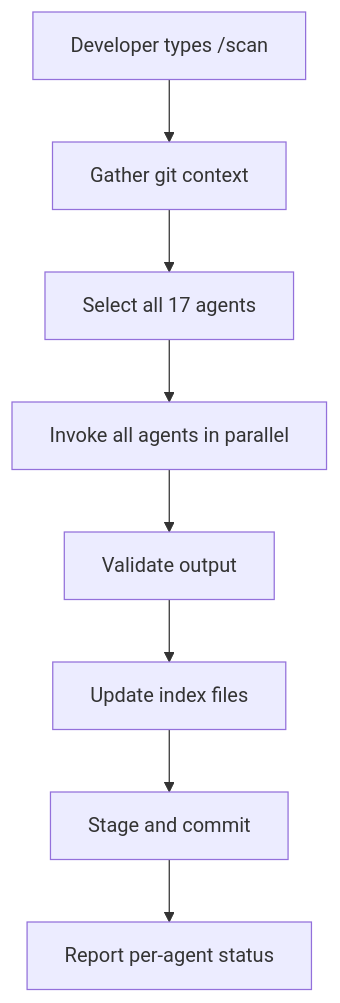
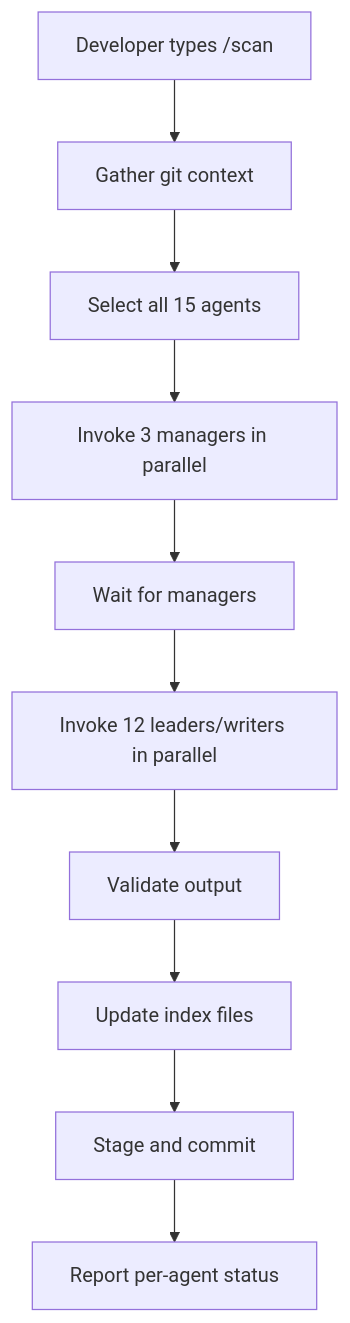
One commit to qmu/workaholic changed the fourth of 5 diagrams in .workaholic/specs/stakeholder_ja.md. Above: the diagram before and after it, drawn with Mermaid. The commit also changed other lines of this file and 57 other files, not shown here.

````diff
--- a/.workaholic/specs/stakeholder_ja.md
+++ b/.workaholic/specs/stakeholder_ja.md
@@ -243,10 +243,12 @@
 ```mermaid
 flowchart TD
     Start[Developer types /scan] --> Context[Gather git context]
-    Context --> Select[Select all 17 agents]
-    Select --> Invoke[Invoke all agents in parallel]
-    Invoke --> Validate[Validate output]
+    Context --> Select[Select all 15 agents]
+    Select --> InvokeM[Invoke 3 managers in parallel]
+    InvokeM --> WaitM[Wait for managers]
+    WaitM --> InvokeL[Invoke 12 leaders/writers in parallel]
+    InvokeL --> Validate[Validate output]
     Validate --> Index[Update index files]
     Index --> Commit[Stage and commit]
     Commit --> Report[Report per-agent status]
 ```
````
